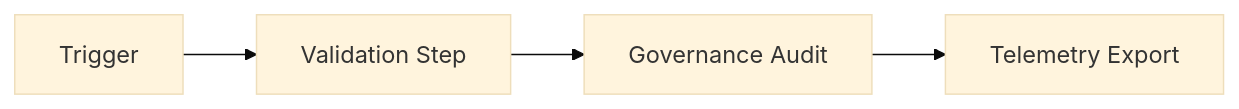
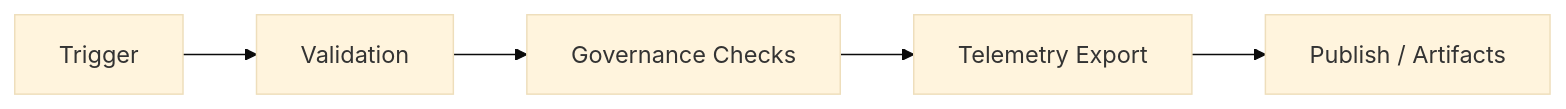
Before and after one commit to bartytime4life/Kansas-Frontier-Matrix: the diagram in docs/templates/workflow_template.md, drawn with Mermaid (base theme). The commit also changed other lines of this file, not shown here.

````diff
--- a/docs/templates/workflow_template.md
+++ b/docs/templates/workflow_template.md
@@ -164,6 +216,7 @@
 ```mermaid
 flowchart LR
-  A["Trigger"] --> B["Validation Step"]
-  B --> C["Governance Audit"]
+  A["Trigger"] --> B["Validation"]
+  B --> C["Governance Checks"]
   C --> D["Telemetry Export"]
+  D --> E["Publish / Artifacts"]
 ```
````
